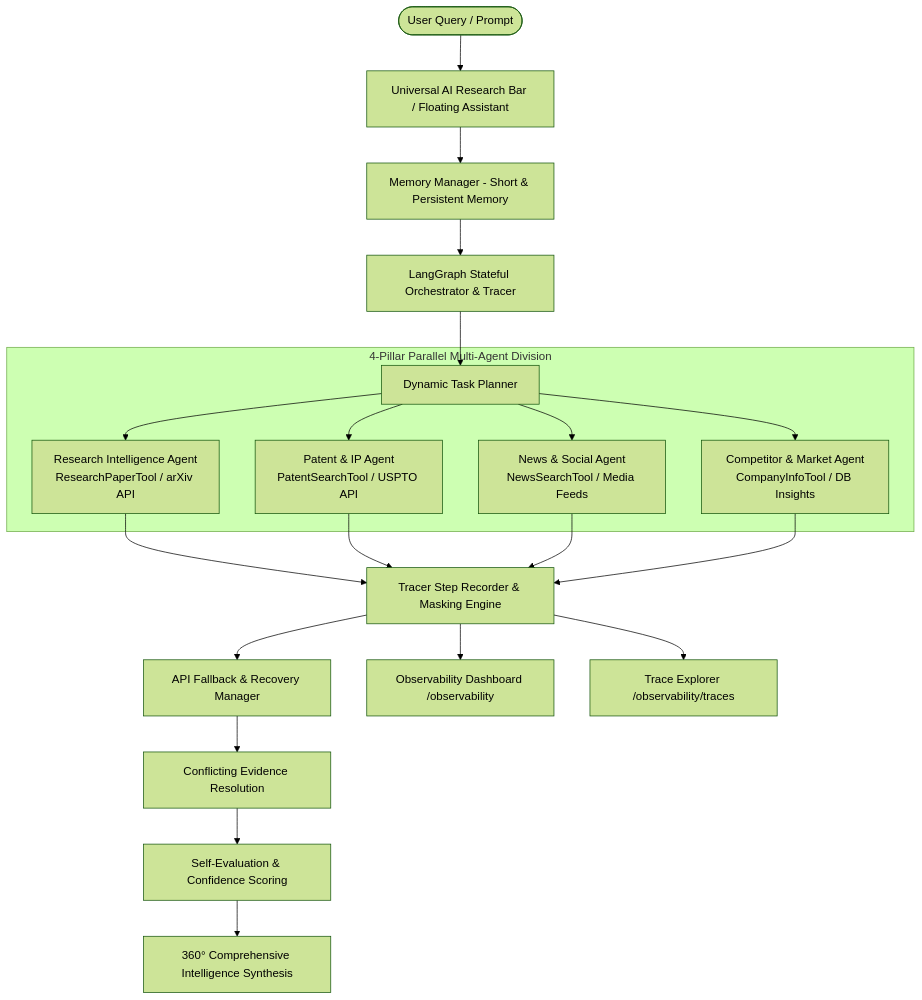
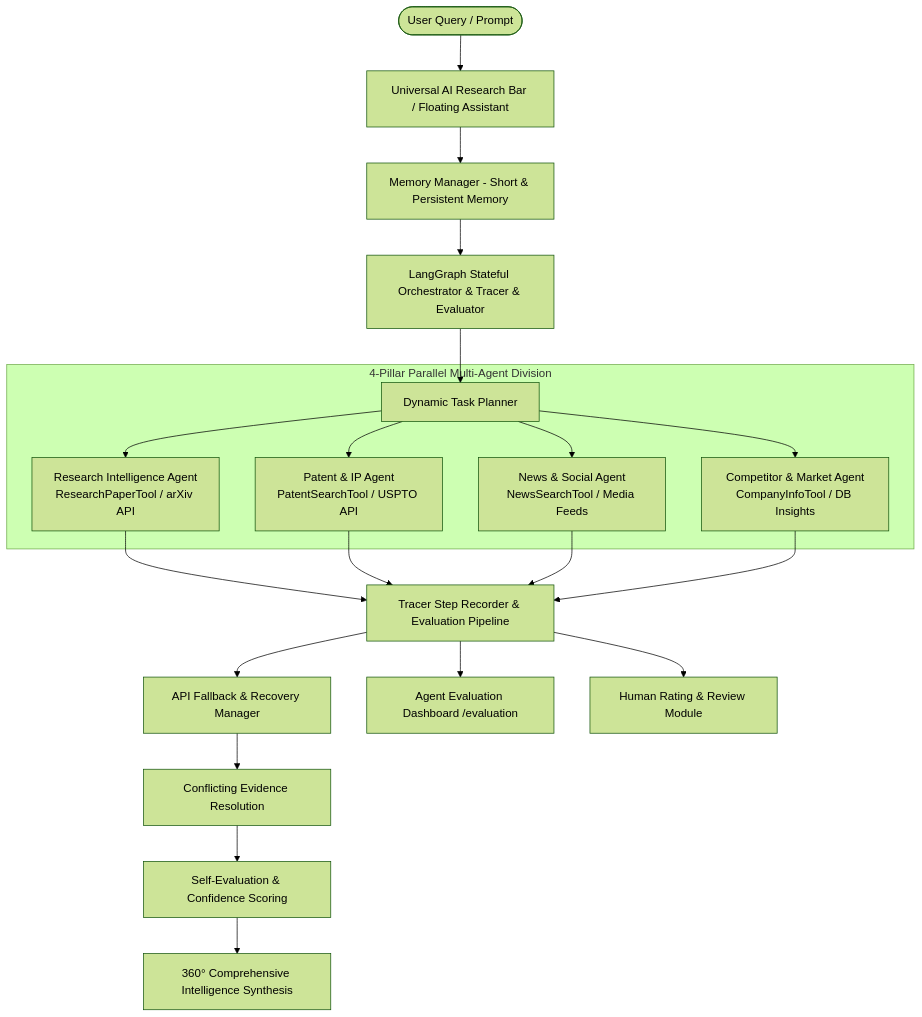
Before and after one commit to gaurav4047/CodeCrew-ai: the diagram in README.md, drawn with Mermaid (forest theme). The commit also changed other lines of this file and 10 other files, not shown here.

Commit message:
feat: add Agent Evaluation & Testing Framework with 6 scenario categories, groundedness detector, repeated consistency, human rating interface, and baseline matrix

````diff
--- a/README.md
+++ b/README.md
@@ -112,24 +126,24 @@
 ```mermaid
 flowchart TD
     User([User Query / Prompt]) --> UniversalBar[Universal AI Research Bar / Floating Assistant]
     UniversalBar --> MemoryEngine[Memory Manager - Short & Persistent Memory]
-    MemoryEngine --> Orchestrator[LangGraph Stateful Orchestrator & Tracer]
+    MemoryEngine --> Orchestrator[LangGraph Stateful Orchestrator & Tracer & Evaluator]
     
     Orchestrator --> DynamicPlanner[Dynamic Task Planner]
     
     subgraph 4-Pillar Parallel Multi-Agent Division
         DynamicPlanner --> Agent1[Research Intelligence Agent\nResearchPaperTool / arXiv API]
         DynamicPlanner --> Agent2[Patent & IP Agent\nPatentSearchTool / USPTO API]
         DynamicPlanner --> Agent3[News & Social Agent\nNewsSearchTool / Media Feeds]
         DynamicPlanner --> Agent4[Competitor & Market Agent\nCompanyInfoTool / DB Insights]
     end
 
-    Agent1 & Agent2 & Agent3 & Agent4 --> TracerRecorder[Tracer Step Recorder & Masking Engine]
+    Agent1 & Agent2 & Agent3 & Agent4 --> TracerRecorder[Tracer Step Recorder & Evaluation Pipeline]
     TracerRecorder --> FallbackManager[API Fallback & Recovery Manager]
     FallbackManager --> ConflictRes[Conflicting Evidence Resolution]
     ConflictRes --> SelfEval[Self-Evaluation & Confidence Scoring]
     SelfEval --> FinalSynthesis[360° Comprehensive Intelligence Synthesis]
     
-    TracerRecorder --> ObservabilityDashboard[Observability Dashboard /observability]
-    TracerRecorder --> TraceExplorer[Trace Explorer /observability/traces]
+    TracerRecorder --> EvaluationEngine[Agent Evaluation Dashboard /evaluation]
+    TracerRecorder --> HumanReview[Human Rating & Review Module]
 ```
````
